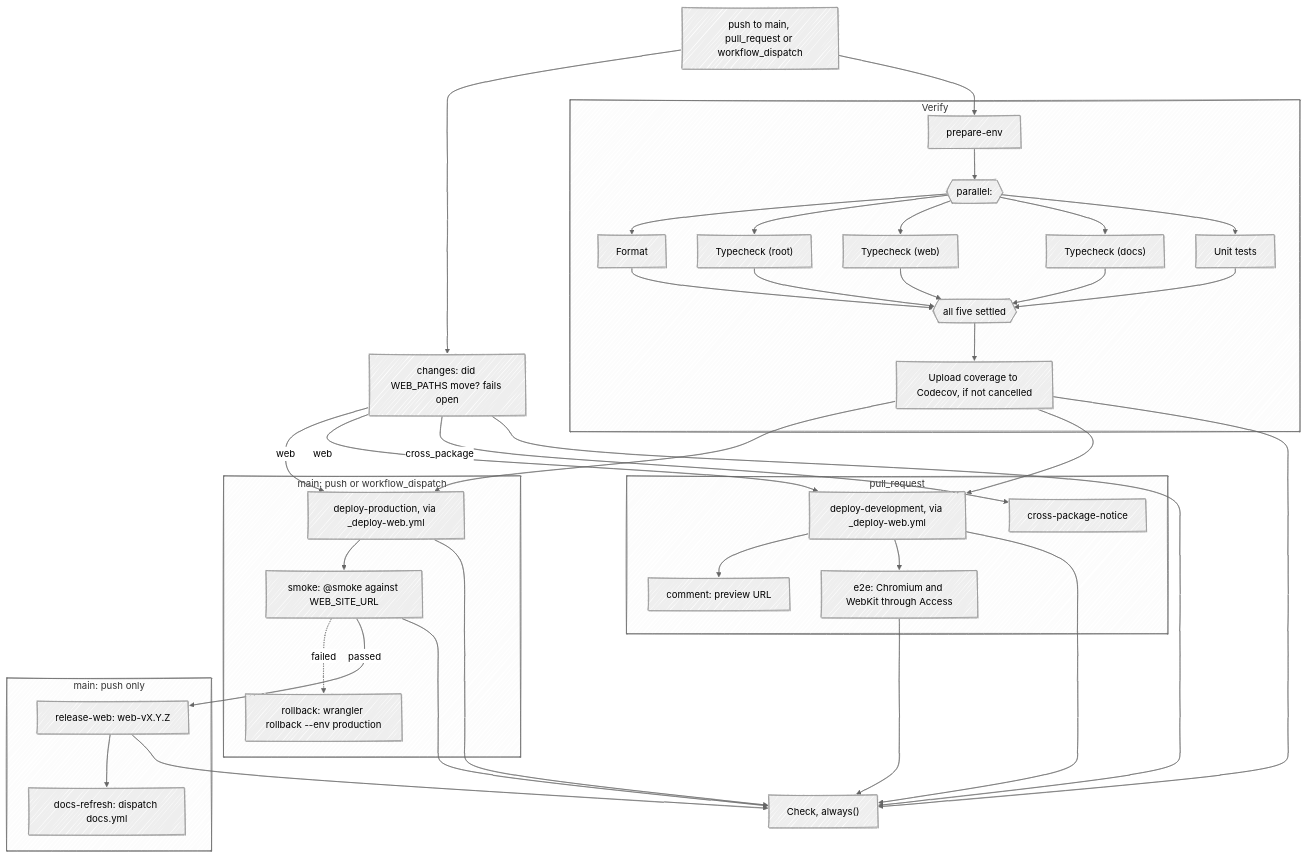
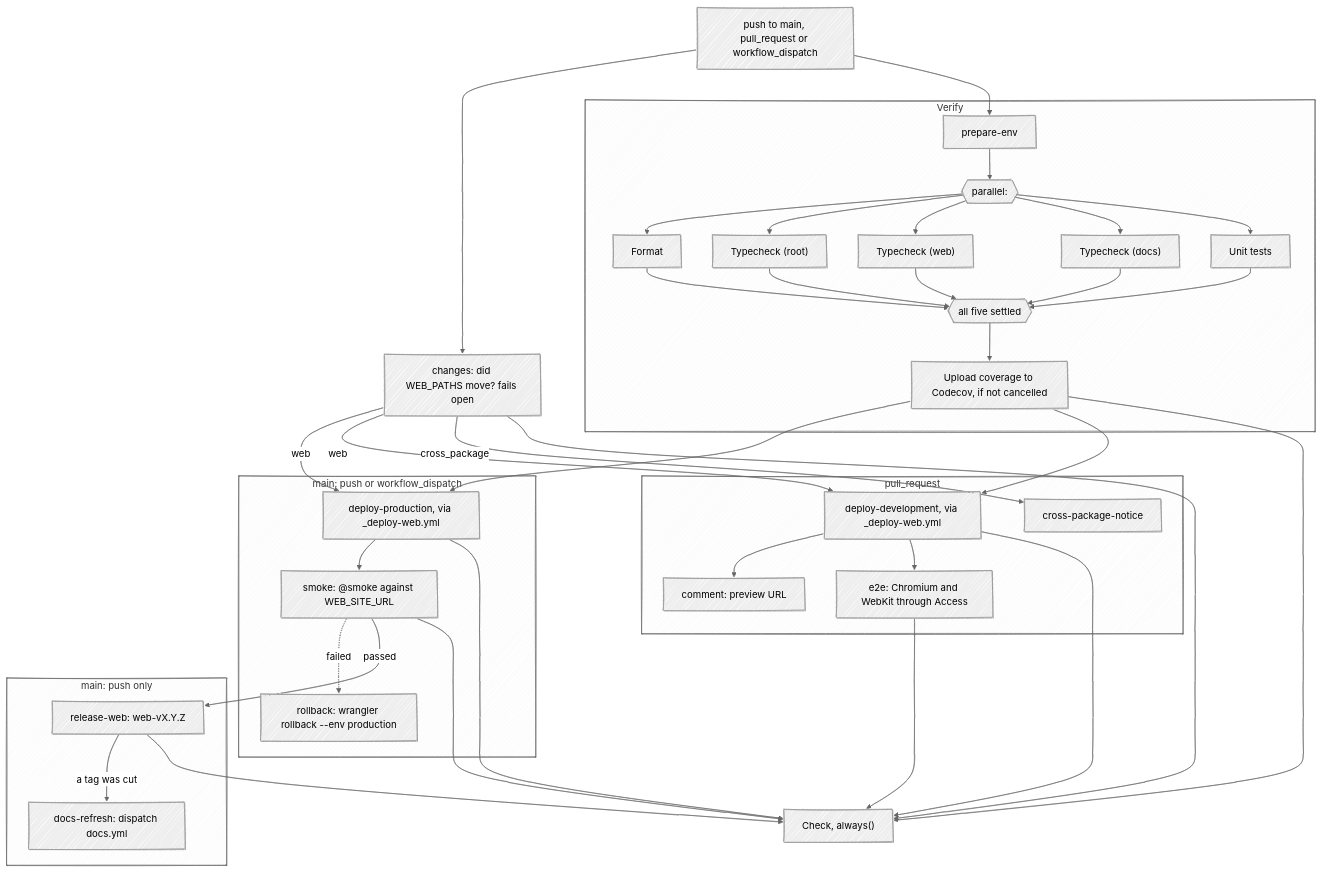
One commit to fbuireu/forever-pto changed the first of 3 diagrams in apps/docs/src/content/docs/infra/workflows.mdx. Above: the diagram before and after it, drawn with Mermaid (neutral theme). The commit also changed other lines of this file and 5 other files, not shown here.

````diff
--- a/apps/docs/src/content/docs/infra/workflows.mdx
+++ b/apps/docs/src/content/docs/infra/workflows.mdx
@@ -28,32 +28,32 @@
 ```mermaid
 ---
 config:
   look: handDrawn
   layout: dagre
 ---
 flowchart TD
   EVT["push to main, pull_request or workflow_dispatch"] --> CH & PE
   CH["changes: did WEB_PATHS move? fails open"]
   subgraph verify ["Verify"]
     PE["prepare-env"] --> FORK{{"parallel:"}}
     FORK --> FMT["Format"] & TR["Typecheck (root)"] & TW["Typecheck (web)"] & TDOC["Typecheck (docs)"] & UT["Unit tests"]
     FMT & TR & TW & TDOC & UT --> JOIN{{"all five settled"}}
     JOIN --> CC["Upload coverage to Codecov, if not cancelled"]
   end
   subgraph onmain ["main: push or workflow_dispatch"]
     DP["deploy-production, via _deploy-web.yml"] --> SM["smoke: @smoke against WEB_SITE_URL"]
     SM -. "failed" .-> RB["rollback: wrangler rollback --env production"]
   end
   subgraph pushonly ["main: push only"]
-    RW["release-web: web-vX.Y.Z"] --> DR["docs-refresh: dispatch docs.yml"]
+    RW["release-web: web-vX.Y.Z"] -- "a tag was cut" --> DR["docs-refresh: dispatch docs.yml"]
   end
   subgraph onpr ["pull_request"]
     DD["deploy-development, via _deploy-web.yml"] --> CM["comment: preview URL"] & E2E["e2e: Chromium and WebKit through Access"]
     XN["cross-package-notice"]
   end
   CH -- "web" --> DP & DD
   CC --> DP & DD
   SM -- "passed" --> RW
   CH -- "cross_package" --> XN
   CH & CC & DD & E2E & DP & SM & RW --> CK["Check, always()"]
 ```
````
